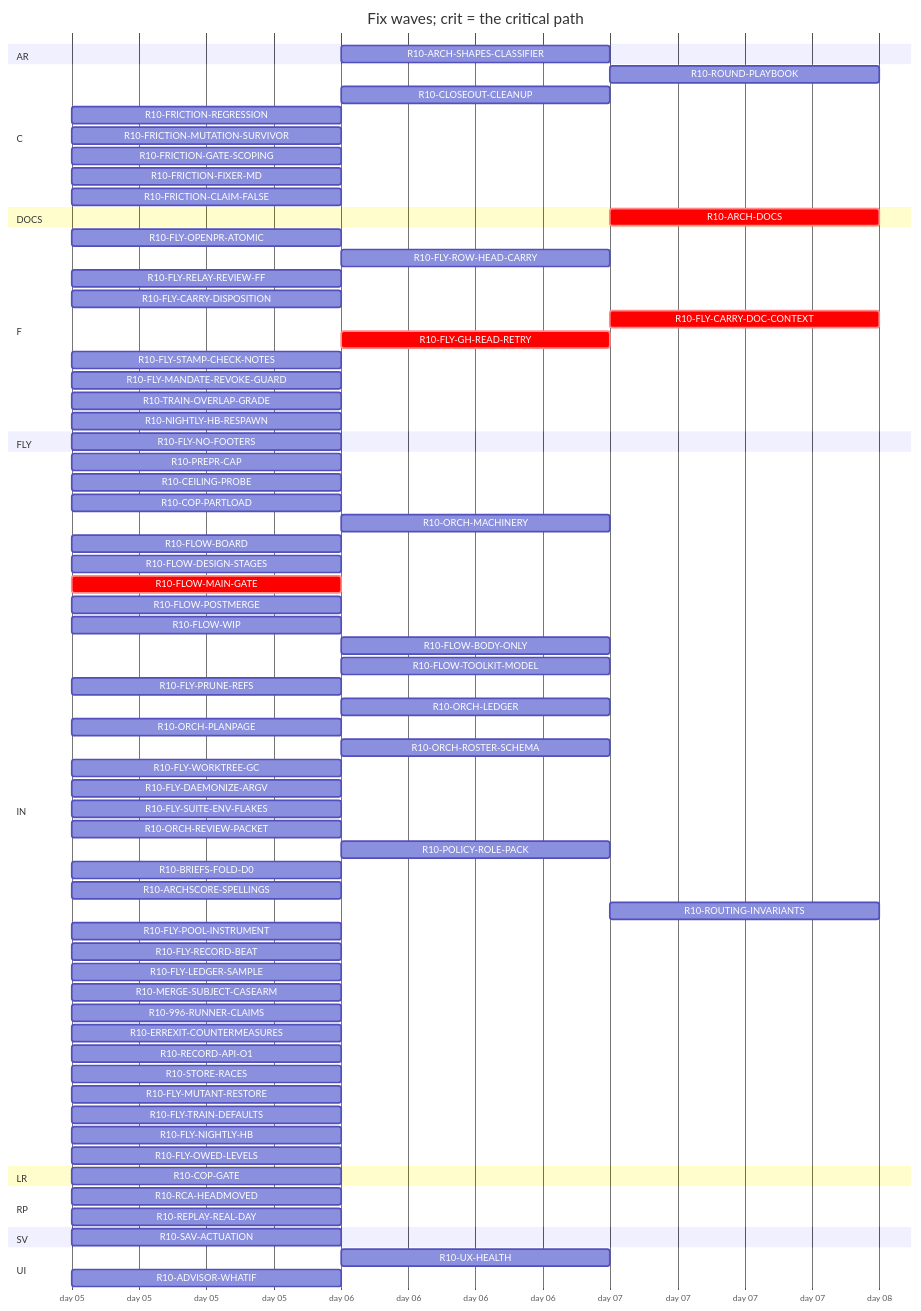
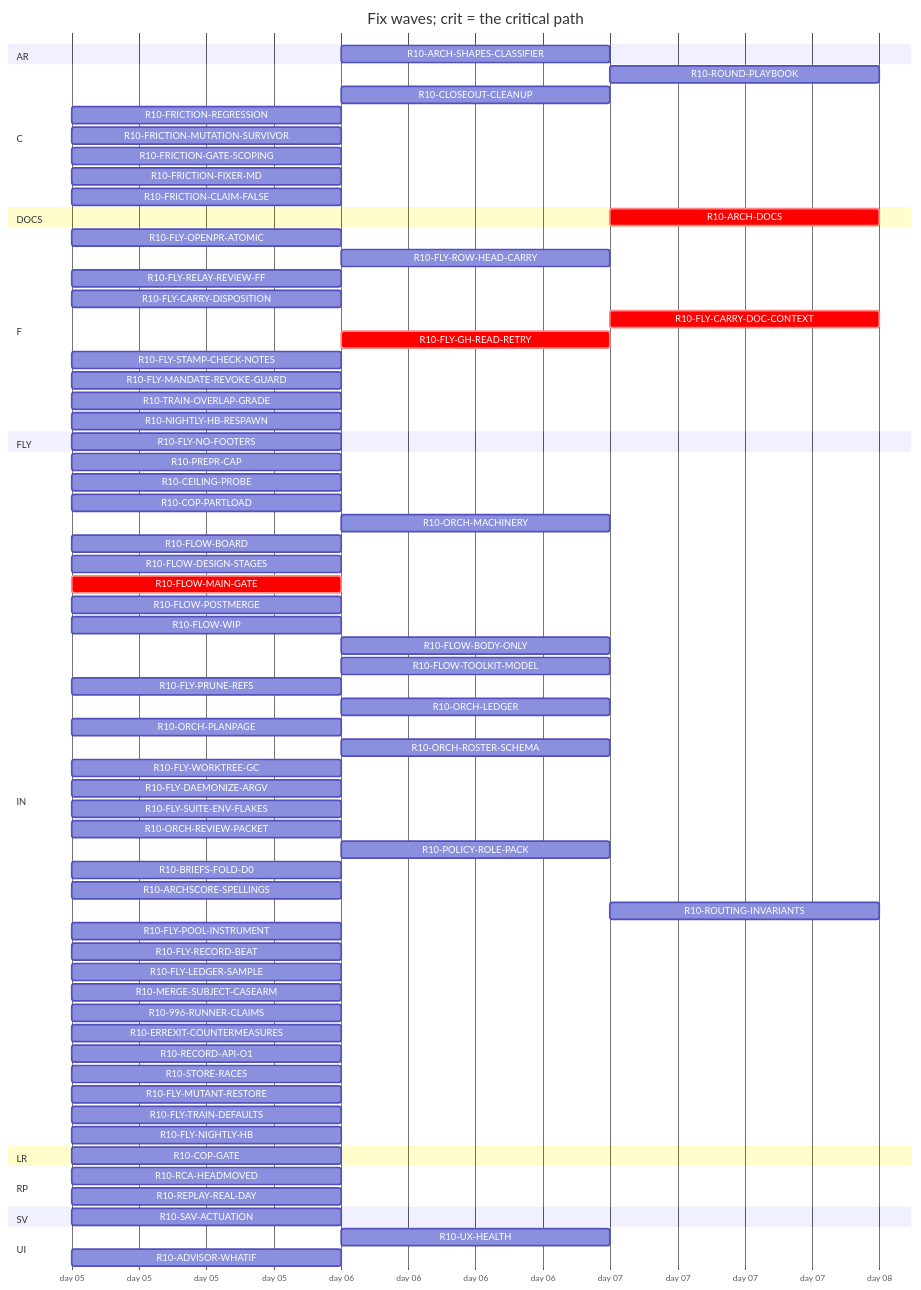
Before and after one commit to tvofi/heatpump_optimizer: the diagram in handoff/round10/state/PLAN-TABLE.md, drawn with Mermaid. The commit also changed other lines of this file and 3 other files, not shown here.

Commit message:
state: FLOW-BOARD.md, NEXT-SESSION-PROMPT.md, PLAN-TABLE.md, RESUME-CURRENT.md regenerated (state_docs.py)

````diff
--- a/handoff/round10/state/PLAN-TABLE.md
+++ b/handoff/round10/state/PLAN-TABLE.md
@@ -23,77 +23,76 @@
 ```mermaid
 gantt
   title Fix waves; crit = the critical path
   dateFormat YYYY-MM-DD
   axisFormat day %d
   section AR
     R10-ARCH-SHAPES-CLASSIFIER :r10ARCHSHAPESCLASSIFIER, after r10996RUNNERCLAIMS, 1d
   section C
     R10-ROUND-PLAYBOOK :r10ROUNDPLAYBOOK, after r10ORCHLEDGER r10ORCHPLANPAGE r10FLOWMAINGATE r10FLYRELAYREVIEWFF r10FLOWBODYONLY, 1d
     R10-CLOSEOUT-CLEANUP :r10CLOSEOUTCLEANUP, after r10FLYPRUNEREFS r10FLYWORKTREEGC, 1d
     R10-FRICTION-REGRESSION :r10FRICTIONREGRESSION, 2026-01-05, 1d
     R10-FRICTION-MUTATION-SURVIVOR :r10FRICTIONMUTATIONSURVIVOR, 2026-01-05, 1d
     R10-FRICTION-GATE-SCOPING :r10FRICTIONGATESCOPING, 2026-01-05, 1d
     R10-FRICTION-FIXER-MD :r10FRICTIONFIXERMD, 2026-01-05, 1d
     R10-FRICTION-CLAIM-FALSE :r10FRICTIONCLAIMFALSE, 2026-01-05, 1d
   section DOCS
     R10-ARCH-DOCS :crit, r10ARCHDOCS, after r10COPGATE r10UXHEALTH r10RCAHEADMOVED r10CEILINGPROBE r10COPPARTLOAD r10FLOWBOARD r10FLOWDESIGNSTAGES r10FLOWPOSTMERGE r10FLOWWIP r10FLOWBODYONLY r10FLYOPENPRATOMIC r10FLYROWHEADCARRY r10FLYRELAYREVIEWFF r10FLYCARRYDISPOSITION r10FLYCARRYDOCCONTEXT r10FLOWTOOLKITMODEL r10FLYSTAMPCHECKNOTES r10FLYMANDATEREVOKEGUARD r10TRAINOVERLAPGRADE r10NIGHTLYHBRESPAWN r10FLYPRUNEREFS r10ORCHLEDGER r10ORCHPLANPAGE r10ORCHROSTERSCHEMA r10FLYWORKTREEGC r10FLYDAEMONIZEARGV r10ORCHREVIEWPACKET r10POLICYROLEPACK r10BRIEFSFOLDD0 r10REPLAYREALDAY r10ARCHSCORESPELLINGS r10SAVACTUATION r10FLYLEDGERSAMPLE, 1d
   section F
     R10-FLY-OPENPR-ATOMIC :r10FLYOPENPRATOMIC, 2026-01-05, 1d
     R10-FLY-ROW-HEAD-CARRY :r10FLYROWHEADCARRY, after r10FLYOPENPRATOMIC, 1d
     R10-FLY-RELAY-REVIEW-FF :r10FLYRELAYREVIEWFF, 2026-01-05, 1d
     R10-FLY-CARRY-DISPOSITION :r10FLYCARRYDISPOSITION, 2026-01-05, 1d
     R10-FLY-CARRY-DOC-CONTEXT :crit, r10FLYCARRYDOCCONTEXT, after r10FLYGHREADRETRY, 1d
     R10-FLY-GH-READ-RETRY :crit, r10FLYGHREADRETRY, after r10FLOWMAINGATE, 1d
     R10-FLY-STAMP-CHECK-NOTES :r10FLYSTAMPCHECKNOTES, 2026-01-05, 1d
     R10-FLY-MANDATE-REVOKE-GUARD :r10FLYMANDATEREVOKEGUARD, 2026-01-05, 1d
     R10-TRAIN-OVERLAP-GRADE :r10TRAINOVERLAPGRADE, 2026-01-05, 1d
     R10-NIGHTLY-HB-RESPAWN :r10NIGHTLYHBRESPAWN, 2026-01-05, 1d
   section FLY
     R10-FLY-NO-FOOTERS :r10FLYNOFOOTERS, 2026-01-05, 1d
   section IN
     R10-PREPR-CAP :r10PREPRCAP, 2026-01-05, 1d
     R10-CEILING-PROBE :r10CEILINGPROBE, 2026-01-05, 1d
     R10-COP-PARTLOAD :r10COPPARTLOAD, 2026-01-05, 1d
     R10-ORCH-MACHINERY :r10ORCHMACHINERY, after r10FLOWMAINGATE, 1d
     R10-FLOW-BOARD :r10FLOWBOARD, 2026-01-05, 1d
     R10-FLOW-DESIGN-STAGES :r10FLOWDESIGNSTAGES, 2026-01-05, 1d
     R10-FLOW-MAIN-GATE :crit, r10FLOWMAINGATE, 2026-01-05, 1d
     R10-FLOW-POSTMERGE :r10FLOWPOSTMERGE, 2026-01-05, 1d
     R10-FLOW-WIP :r10FLOWWIP, 2026-01-05, 1d
     R10-FLOW-BODY-ONLY :r10FLOWBODYONLY, after r10FLYOPENPRATOMIC, 1d
     R10-FLOW-TOOLKIT-MODEL :r10FLOWTOOLKITMODEL, after r10ORCHPLANPAGE, 1d
     R10-FLY-PRUNE-REFS :r10FLYPRUNEREFS, 2026-01-05, 1d
     R10-ORCH-LEDGER :r10ORCHLEDGER, after r10FLOWMAINGATE, 1d
     R10-ORCH-PLANPAGE :r10ORCHPLANPAGE, 2026-01-05, 1d
     R10-ORCH-ROSTER-SCHEMA :r10ORCHROSTERSCHEMA, after r10FLOWMAINGATE, 1d
     R10-FLY-WORKTREE-GC :r10FLYWORKTREEGC, 2026-01-05, 1d
     R10-FLY-DAEMONIZE-ARGV :r10FLYDAEMONIZEARGV, 2026-01-05, 1d
     R10-FLY-SUITE-ENV-FLAKES :r10FLYSUITEENVFLAKES, 2026-01-05, 1d
     R10-ORCH-REVIEW-PACKET :r10ORCHREVIEWPACKET, 2026-01-05, 1d
     R10-POLICY-ROLE-PACK :r10POLICYROLEPACK, after r10FLOWDESIGNSTAGES, 1d
     R10-BRIEFS-FOLD-D0 :r10BRIEFSFOLDD0, 2026-01-05, 1d
     R10-ARCHSCORE-SPELLINGS :r10ARCHSCORESPELLINGS, 2026-01-05, 1d
     R10-ROUTING-INVARIANTS :r10ROUTINGINVARIANTS, after r10ORCHROSTERSCHEMA, 1d
     R10-FLY-POOL-INSTRUMENT :r10FLYPOOLINSTRUMENT, 2026-01-05, 1d
     R10-FLY-RECORD-BEAT :r10FLYRECORDBEAT, 2026-01-05, 1d
     R10-FLY-LEDGER-SAMPLE :r10FLYLEDGERSAMPLE, 2026-01-05, 1d
     R10-MERGE-SUBJECT-CASEARM :r10MERGESUBJECTCASEARM, 2026-01-05, 1d
     R10-996-RUNNER-CLAIMS :r10996RUNNERCLAIMS, 2026-01-05, 1d
     R10-ERREXIT-COUNTERMEASURES :r10ERREXITCOUNTERMEASURES, 2026-01-05, 1d
     R10-RECORD-API-O1 :r10RECORDAPIO1, 2026-01-05, 1d
     R10-STORE-RACES :r10STORERACES, 2026-01-05, 1d
     R10-FLY-MUTANT-RESTORE :r10FLYMUTANTRESTORE, 2026-01-05, 1d
     R10-FLY-TRAIN-DEFAULTS :r10FLYTRAINDEFAULTS, 2026-01-05, 1d
     R10-FLY-NIGHTLY-HB :r10FLYNIGHTLYHB, 2026-01-05, 1d
-    R10-FLY-OWED-LEVELS :r10FLYOWEDLEVELS, 2026-01-05, 1d
   section LR
     R10-COP-GATE :r10COPGATE, 2026-01-05, 1d
   section RP
     R10-RCA-HEADMOVED :r10RCAHEADMOVED, 2026-01-05, 1d
     R10-REPLAY-REAL-DAY :r10REPLAYREALDAY, 2026-01-05, 1d
   section SV
     R10-SAV-ACTUATION :r10SAVACTUATION, 2026-01-05, 1d
   section UI
     R10-UX-HEALTH :r10UXHEALTH, after r10COPGATE, 1d
     R10-ADVISOR-WHATIF :r10ADVISORWHATIF, 2026-01-05, 1d
 ```
````
